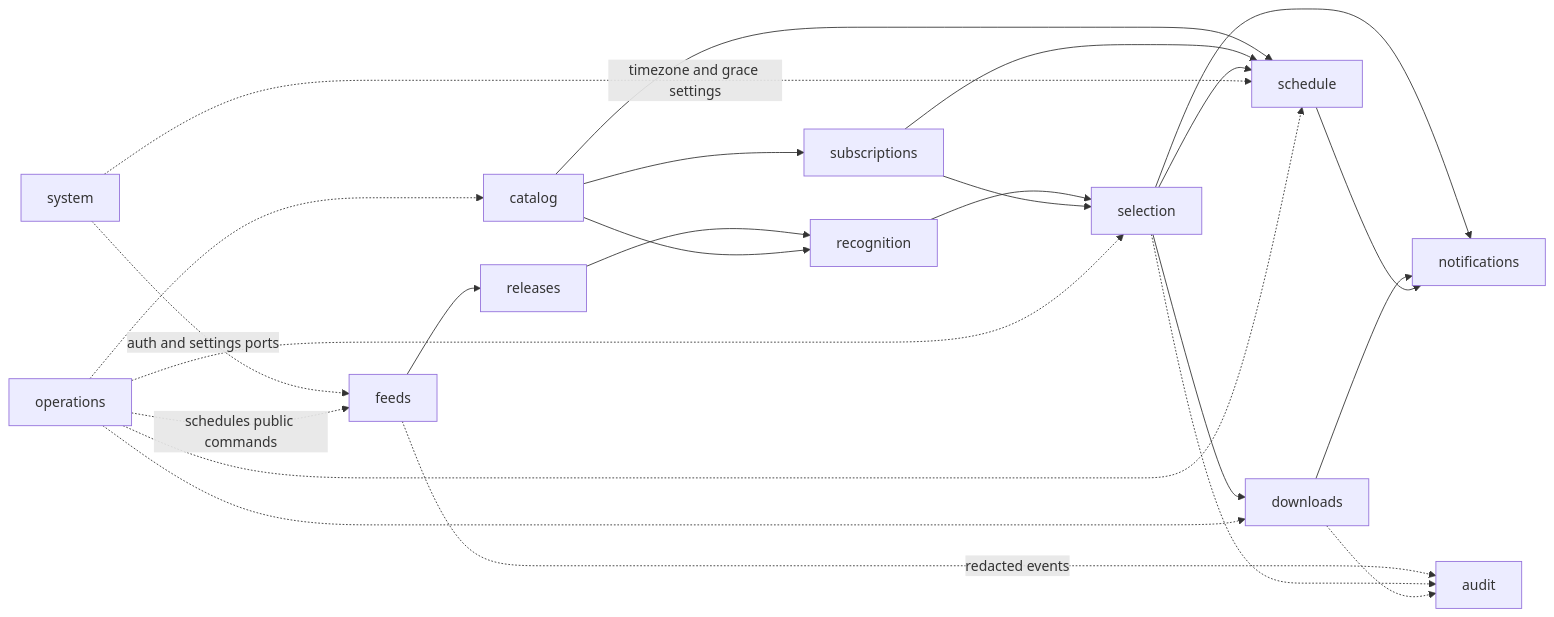
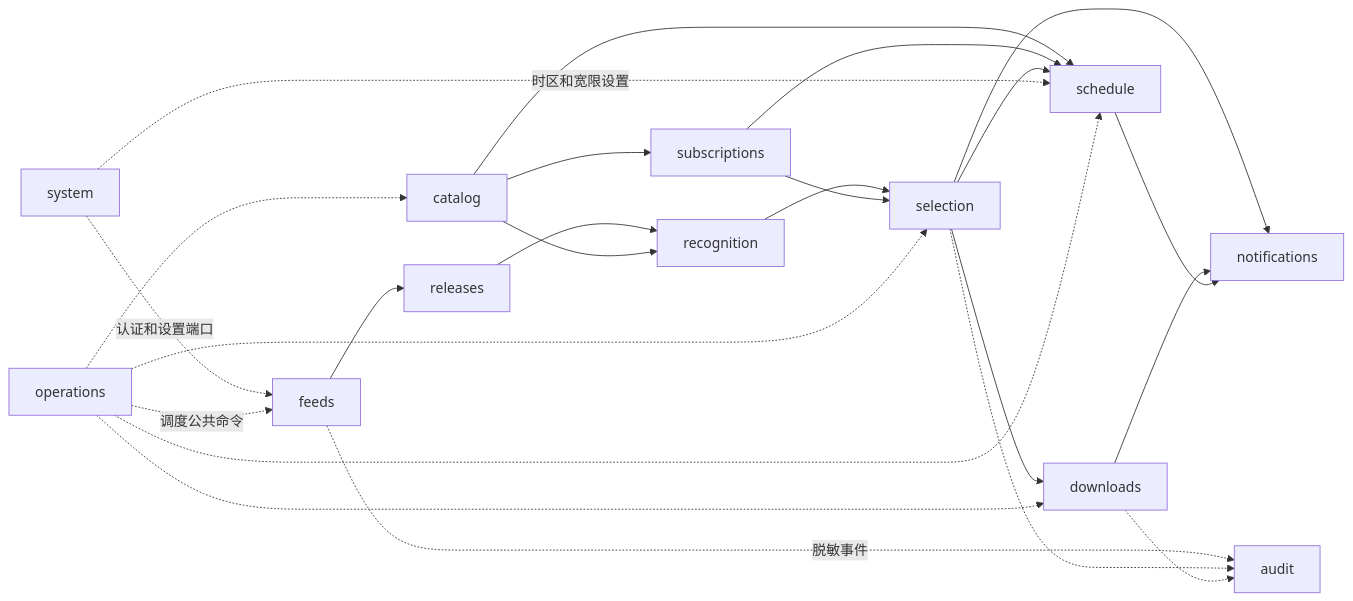
One commit to leavesster/anime-rss changed the second of 4 diagrams in ARCHITECTURE.md. Above: the diagram before and after it, drawn with Mermaid. The commit also changed other lines of this file and 17 other files, not shown here.

````diff
--- a/ARCHITECTURE.md
+++ b/ARCHITECTURE.md
@@ -155,27 +108,27 @@
 ```mermaid
 flowchart LR
     Feeds["feeds"] --> Releases["releases"]
     Releases --> Recognition["recognition"]
     Catalog["catalog"] --> Recognition
     Catalog --> Subscriptions["subscriptions"]
     Recognition --> Selection["selection"]
     Subscriptions --> Selection
     Selection --> Downloads["downloads"]
     Selection --> Notifications["notifications"]
     Downloads --> Notifications
     Catalog --> Schedule["schedule"]
     Subscriptions --> Schedule
     Selection --> Schedule
     Schedule --> Notifications
 
-    System["system"] -. "auth and settings ports" .-> Feeds
-    System -. "timezone and grace settings" .-> Schedule
-    Operations["operations"] -. "schedules public commands" .-> Feeds
+    System["system"] -. "认证和设置端口" .-> Feeds
+    System -. "时区和宽限设置" .-> Schedule
+    Operations["operations"] -. "调度公共命令" .-> Feeds
     Operations -.-> Catalog
     Operations -.-> Selection
     Operations -.-> Downloads
     Operations -.-> Schedule
-    Feeds -. "redacted events" .-> Audit["audit"]
+    Feeds -. "脱敏事件" .-> Audit["audit"]
     Selection -.-> Audit
     Downloads -.-> Audit
 ```
````
